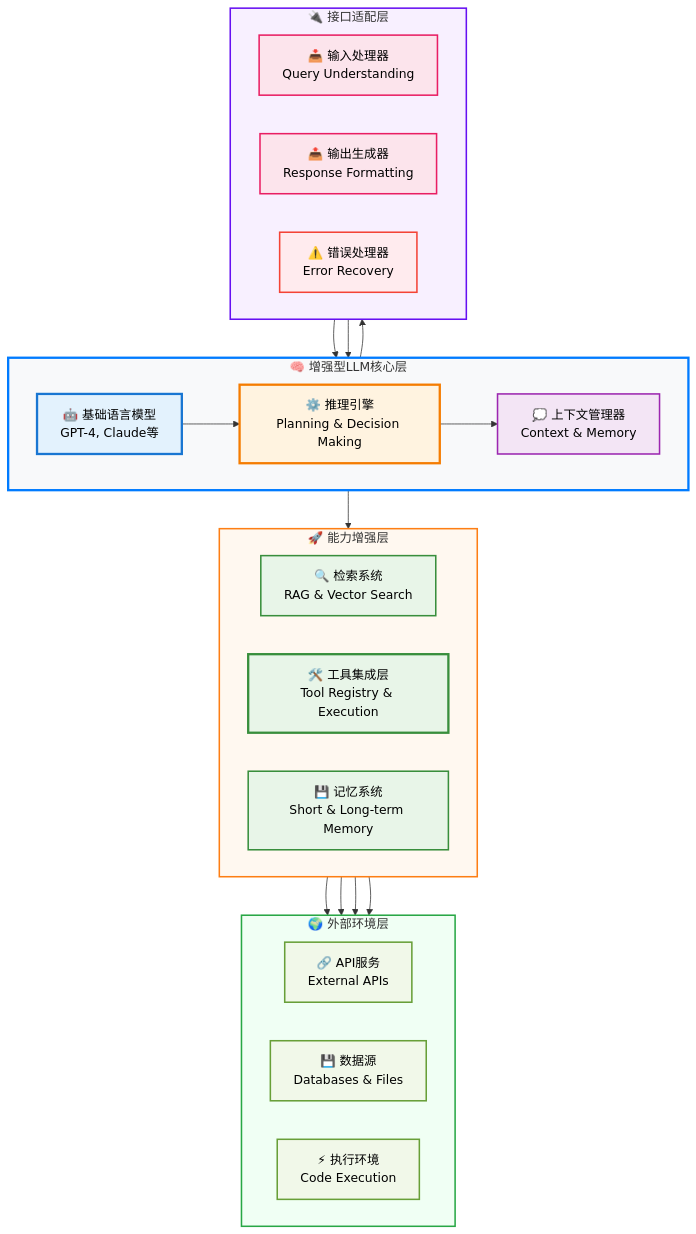
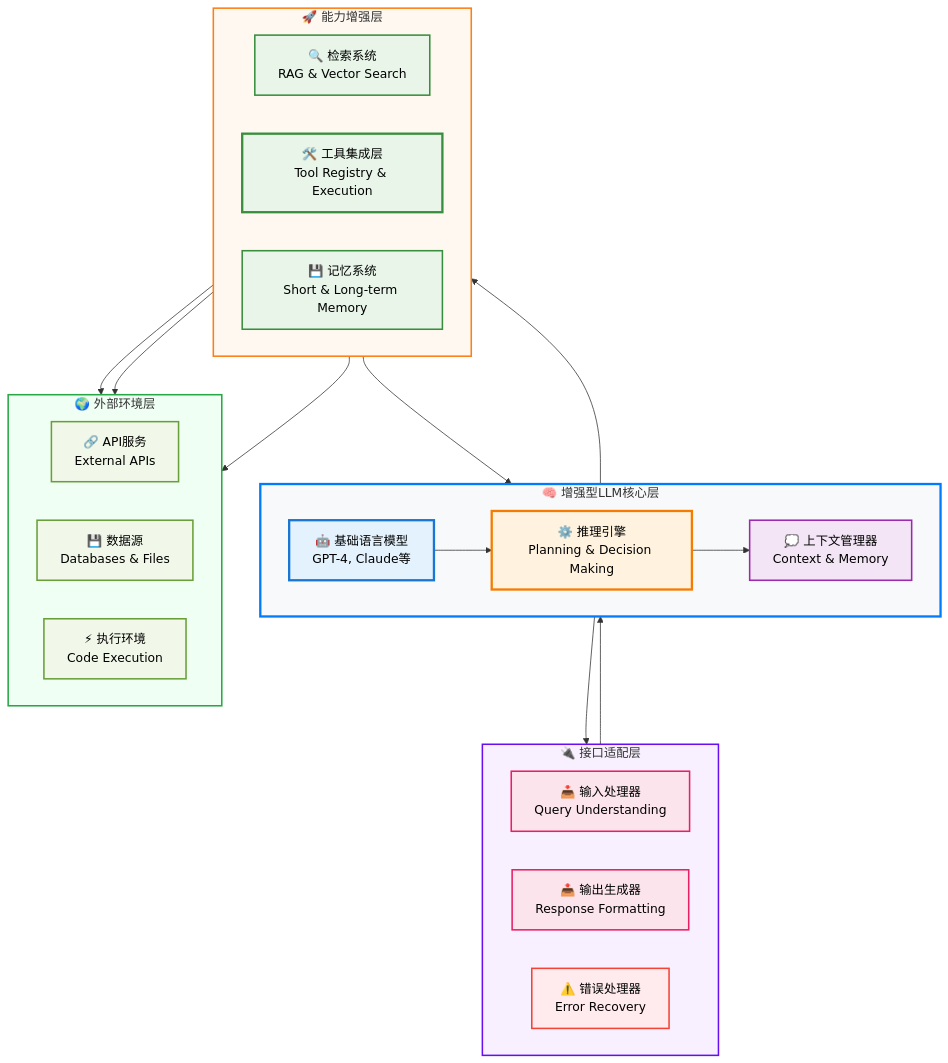
One commit to yxzf/claude-code-guide changed the fourth of 12 diagrams in AI_Agent_完整入门指南.md. Above: the diagram before and after it, drawn with Mermaid.

Commit message:
优化Agent核心组件架构图：重新整理线条和数据流逻辑
- 重新排列层级顺序：接口层→核心层→增强层→外部层，符合数据流向
- 清理线条逻辑：区分主要数据流和支持连接，避免箭头错乱
- 主要数据流：输入处理→语言模型→推理引擎→工具集成→外部服务
- 支持连接：上下文管理、数据检索、记忆系统等辅助功能
- 移除冗余连接：保留最核心的架构关系

优化效果：
- 数据流清晰：从输入到输出的处理路径一目了然
- 层次分明：四个核心层级按逻辑顺序排列
- 连接简洁：主要流程和支持功能分离，避免视觉混乱
- 架构完整：保持所有核心组件和关键连接关系

架构流程：🔌 接口适配 → 🧠 LLM核心 → 🚀 能力增强 → 🌍 外部环境

🤖 Generated with [Claude Code](https://claude.ai/code)

````diff
--- a/AI_Agent_完整入门指南.md
+++ b/AI_Agent_完整入门指南.md
@@ -420,64 +420,63 @@
 ```mermaid
 graph TB
+    subgraph INTERFACE ["🔌 接口适配层"]
+        direction LR
+        G[📥 输入处理器<br/>Query Understanding]
+        H[📤 输出生成器<br/>Response Formatting]
+        I[⚠️ 错误处理器<br/>Error Recovery]
+    end
+    
     subgraph CORE ["🧠 增强型LLM核心层"]
         direction LR
         A[🤖 基础语言模型<br/>GPT-4, Claude等]
         B[⚙️ 推理引擎<br/>Planning & Decision Making]
         C[💭 上下文管理器<br/>Context & Memory]
     end
     
     subgraph ENHANCE ["🚀 能力增强层"]
         direction LR
         D[🔍 检索系统<br/>RAG & Vector Search]
         E[🛠️ 工具集成层<br/>Tool Registry & Execution]
         F[💾 记忆系统<br/>Short & Long-term Memory]
     end
     
-    subgraph INTERFACE ["🔌 接口适配层"]
-        direction LR
-        G[📥 输入处理器<br/>Query Understanding]
-        H[📤 输出生成器<br/>Response Formatting]
-        I[⚠️ 错误处理器<br/>Error Recovery]
-    end
-    
     subgraph EXTERNAL ["🌍 外部环境层"]
         direction LR
         J[🔗 API服务<br/>External APIs]
         K[💾 数据源<br/>Databases & Files]
         L[⚡ 执行环境<br/>Code Execution]
     end
     
-    %% 层间连接 - 简化
-    INTERFACE --> CORE
-    CORE --> ENHANCE
-    ENHANCE --> EXTERNAL
-    
-    %% 关键内部连接 - 精简
+    %% 主要数据流 - 从上到下
+    G --> A
     A --> B
-    B --> C
+    B --> E
     E --> J
     E --> L
+    B --> H
+    
+    %% 支持连接
+    B --> C
     D --> K
-    G --> A
-    B --> H
+    F --> C
     
     %% 样式定义
     style A fill:#e3f2fd,stroke:#1976d2,stroke-width:3px,color:#000
     style B fill:#fff3e0,stroke:#f57c00,stroke-width:3px,color:#000
     style C fill:#f3e5f5,stroke:#9c27b0,stroke-width:2px,color:#000
     style D fill:#e8f5e8,stroke:#388e3c,stroke-width:2px,color:#000
     style E fill:#e8f5e8,stroke:#388e3c,stroke-width:3px,color:#000
     style F fill:#e8f5e8,stroke:#388e3c,stroke-width:2px,color:#000
     style G fill:#fce4ec,stroke:#e91e63,stroke-width:2px,color:#000
     style H fill:#fce4ec,stroke:#e91e63,stroke-width:2px,color:#000
     style I fill:#ffebee,stroke:#f44336,stroke-width:2px,color:#000
     style J fill:#f1f8e9,stroke:#689f38,stroke-width:2px,color:#000
     style K fill:#f1f8e9,stroke:#689f38,stroke-width:2px,color:#000
     style L fill:#f1f8e9,stroke:#689f38,stroke-width:2px,color:#000
     
     %% 子图样式
+    style INTERFACE fill:#f8f0ff,stroke:#6610f2,stroke-width:2px
     style CORE fill:#f8f9fa,stroke:#007bff,stroke-width:3px
     style ENHANCE fill:#fff8f0,stroke:#fd7e14,stroke-width:2px
-    style INTERFACE fill:#f8f0ff,stroke:#6610f2,stroke-width:2px
     style EXTERNAL fill:#f0fff4,stroke:#28a745,stroke-width:2px
 ```
````
